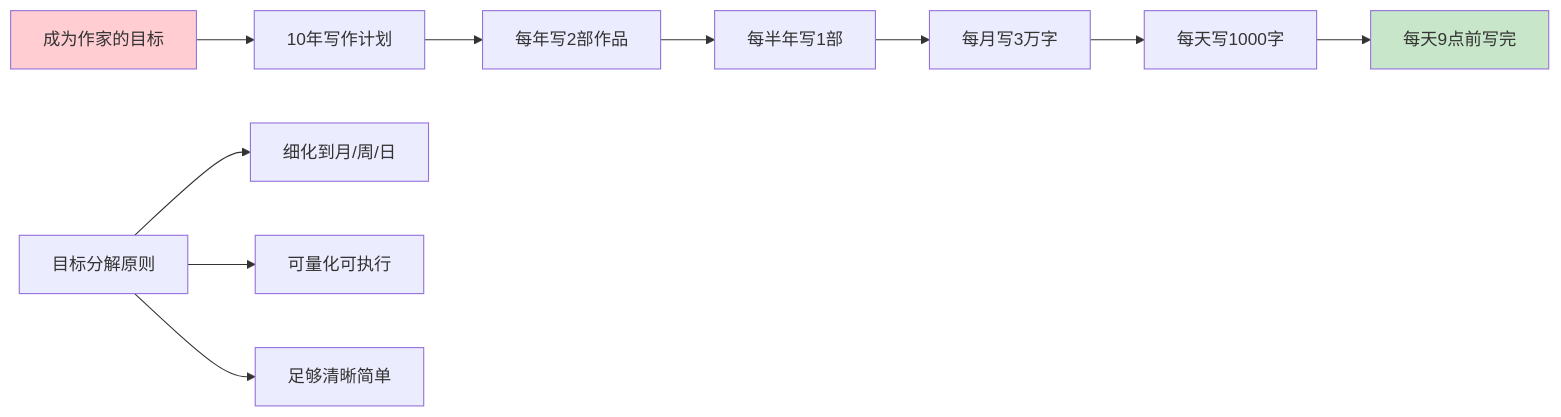
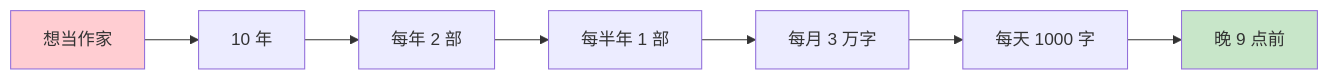
The diagram in packages/website/13.书籍/05.自我精进·成事/01.目标管理/03.分解目标要明确.md (chongyang211/YCBookBlog), drawn with Mermaid before and after one commit. The commit also changed other lines of this file and 83 other files, not shown here.

````diff
--- a/packages/website/13.书籍/05.自我精进·成事/01.目标管理/03.分解目标要明确.md
+++ b/packages/website/13.书籍/05.自我精进·成事/01.目标管理/03.分解目标要明确.md
@@ -51,16 +71,11 @@
 ```mermaid
 graph LR
-    A[成为作家的目标] --> B[10年写作计划]
-    B --> C[每年写2部作品]
-    C --> D[每半年写1部]
-    D --> E[每月写3万字]
-    E --> F[每天写1000字]
-    F --> G[每天9点前写完]
-    
-    H[目标分解原则] --> H1[细化到月/周/日]
-    H --> H2[可量化可执行]
-    H --> H3[足够清晰简单]
-    
+    A[想当作家] --> B[10 年]
+    B --> C[每年 2 部]
+    C --> D[每半年 1 部]
+    D --> E[每月 3 万字]
+    E --> F[每天 1000 字]
+    F --> G[晚 9 点前]
     style A fill:#ffcdd2
     style G fill:#c8e6c9
 ```
````
